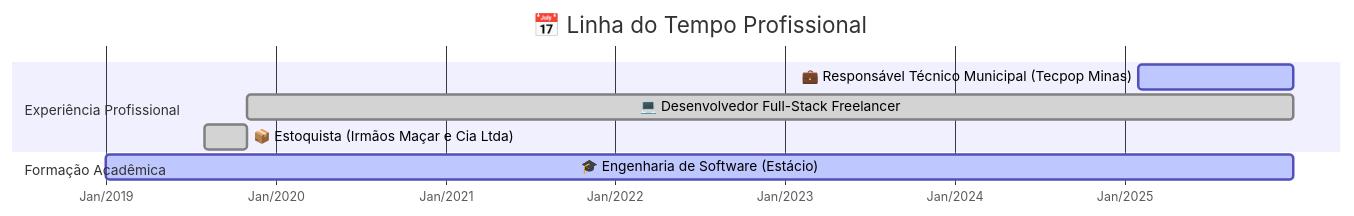
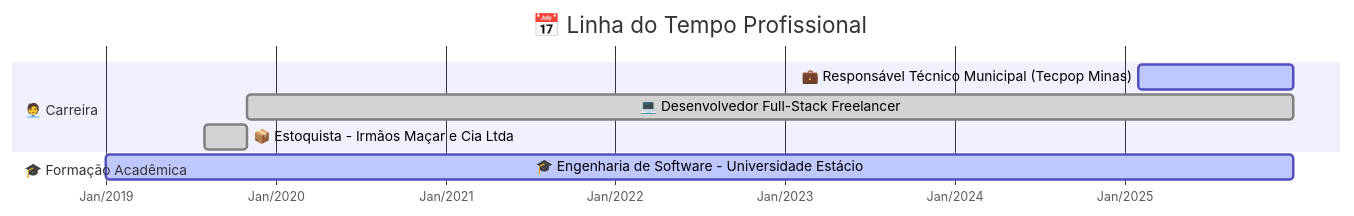
The second of 4 diagrams in README.md (AlesonPungirum/AlesonPungirum), drawn with Mermaid before and after one commit.

````diff
--- a/README.md
+++ b/README.md
@@ -135,15 +135,16 @@
 ```mermaid
 gantt
     title 📅 Linha do Tempo Profissional
     dateFormat  YYYY-MM-DD
     axisFormat  %b/%Y
 
-    section Experiência Profissional
+    section 🧑‍💼 Carreira
     💼 Responsável Técnico Municipal (Tecpop Minas)     :active, 2025-02-01, 2025-12-31
     💻 Desenvolvedor Full-Stack Freelancer              :done, 2019-11-01, 2025-12-31
-    📦 Estoquista (Irmãos Maçar e Cia Ltda)             :done, 2019-08-01, 2019-10-31
+    📦 Estoquista - Irmãos Maçar e Cia Ltda             :done, 2019-08-01, 2019-10-31
 
-    section Formação Acadêmica
-    🎓 Engenharia de Software (Estácio)                 :active, 2019-01-01, 2025-12-31
+    section 🎓 Formação Acadêmica
+    🎓 Engenharia de Software - Universidade Estácio     :active, 2019-01-01, 2025-12-31
+
 
 ```
````
